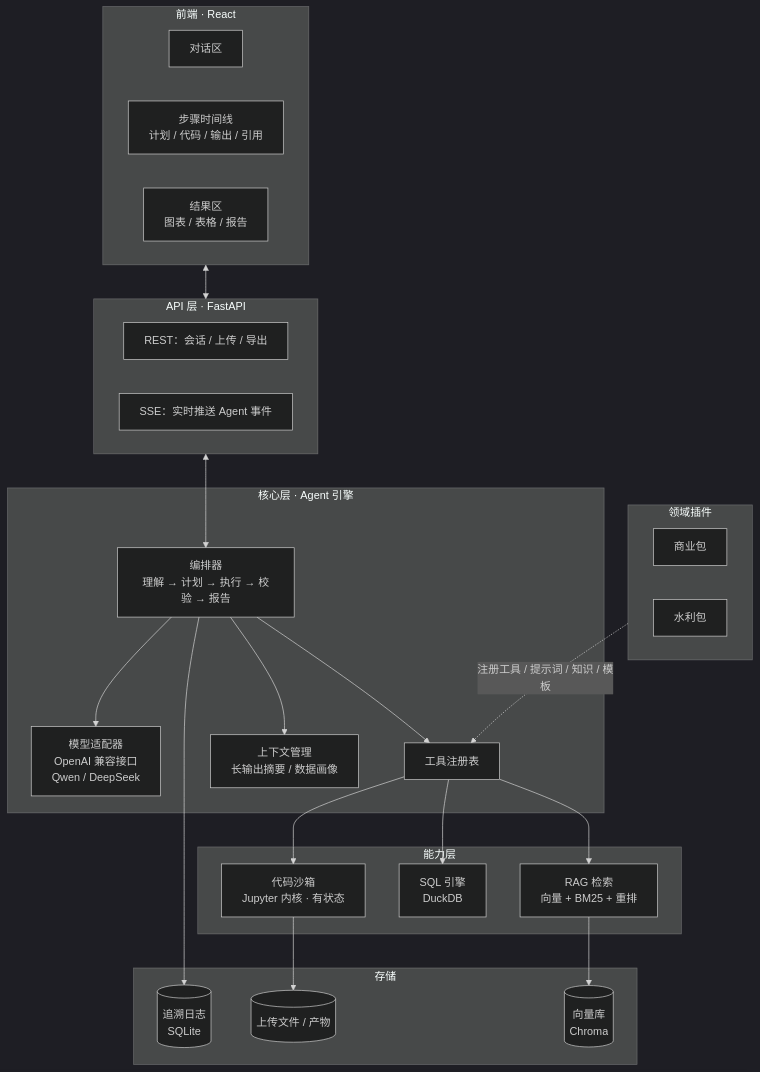
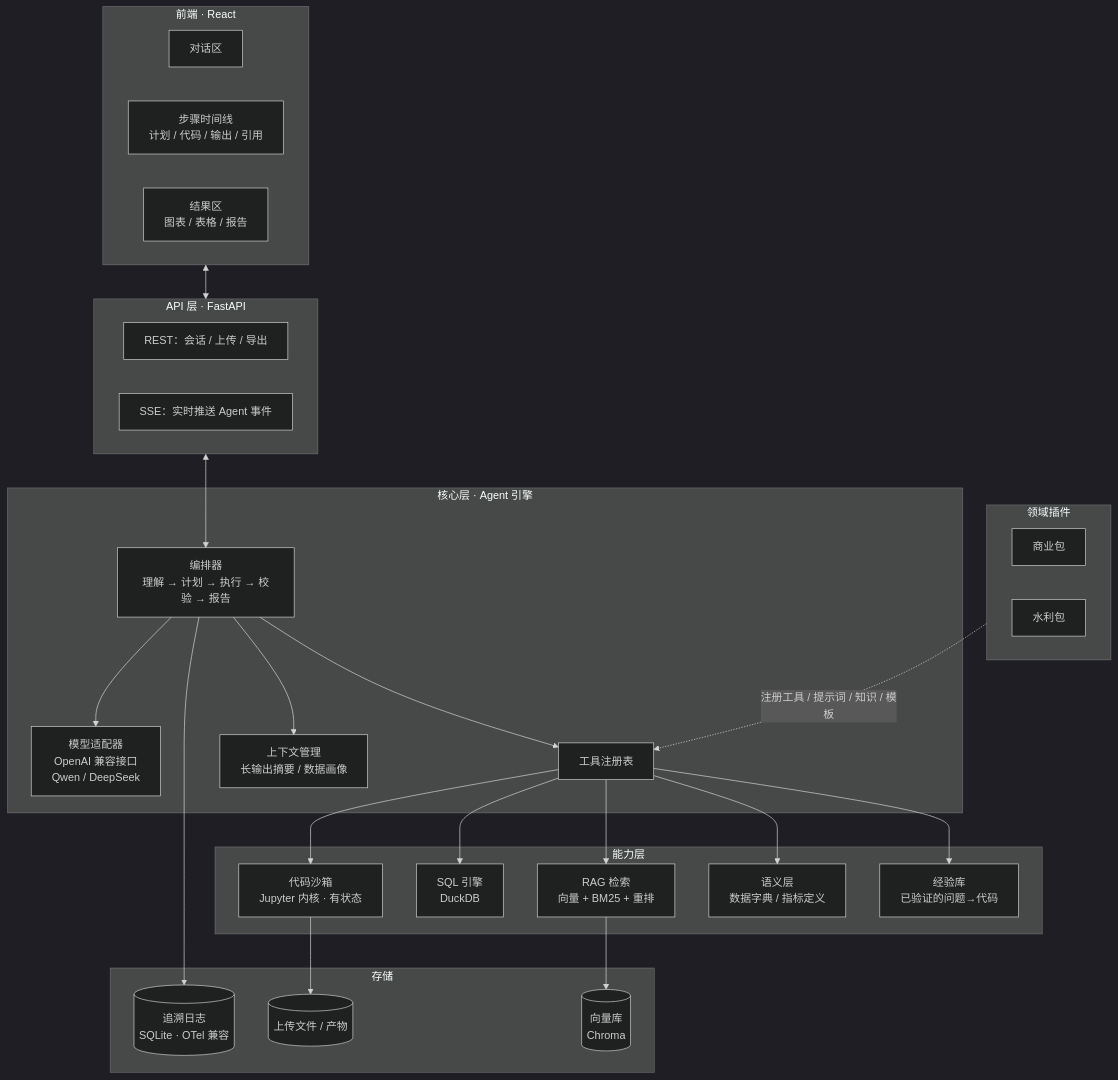
One commit to psyyys/proven-agent changed the first of 2 diagrams in docs/architecture.md. Above: the diagram before and after it, drawn with Mermaid (dark theme). The commit also changed other lines of this file, not shown here.

First line of the commit message:
Architecture v0.2: add semantic layer, experience store, OTel tracing, reference project survey

````diff
--- a/docs/architecture.md
+++ b/docs/architecture.md
@@ -17,50 +17,54 @@
 ```mermaid
 flowchart TB
     subgraph FE["前端 · React"]
         Chat["对话区"]
         Timeline["步骤时间线<br/>计划 / 代码 / 输出 / 引用"]
         Canvas["结果区<br/>图表 / 表格 / 报告"]
     end
 
     subgraph API["API 层 · FastAPI"]
         REST["REST：会话 / 上传 / 导出"]
         SSE["SSE：实时推送 Agent 事件"]
     end
 
     subgraph CORE["核心层 · Agent 引擎"]
         Orchestrator["编排器<br/>理解 → 计划 → 执行 → 校验 → 报告"]
         LLM["模型适配器<br/>OpenAI 兼容接口<br/>Qwen / DeepSeek"]
         Tools["工具注册表"]
         Memory["上下文管理<br/>长输出摘要 / 数据画像"]
     end
 
     subgraph CAP["能力层"]
         Sandbox["代码沙箱<br/>Jupyter 内核 · 有状态"]
         SQL["SQL 引擎<br/>DuckDB"]
         RAG["RAG 检索<br/>向量 + BM25 + 重排"]
+        Semantic["语义层<br/>数据字典 / 指标定义"]
+        Exp["经验库<br/>已验证的问题→代码"]
     end
 
     subgraph PACKS["领域插件"]
         Biz["商业包"]
         Water["水利包"]
     end
 
     subgraph STORE["存储"]
-        Trace[("追溯日志<br/>SQLite")]
+        Trace[("追溯日志<br/>SQLite · OTel 兼容")]
         Files[("上传文件 / 产物")]
         VDB[("向量库<br/>Chroma")]
     end
 
     FE <--> API
     API <--> Orchestrator
     Orchestrator --> LLM
     Orchestrator --> Tools
     Orchestrator --> Memory
     Tools --> Sandbox
     Tools --> SQL
     Tools --> RAG
+    Tools --> Semantic
+    Tools --> Exp
     PACKS -.注册工具 / 提示词 / 知识 / 模板.-> Tools
     RAG --> VDB
     Sandbox --> Files
     Orchestrator --> Trace
 ```
````
